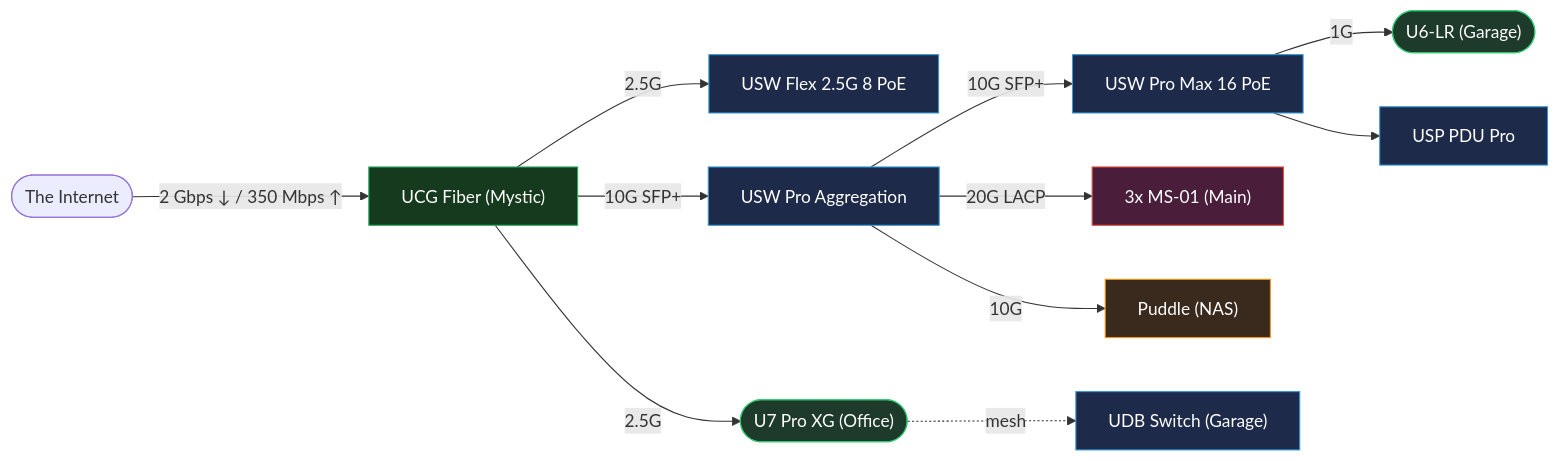
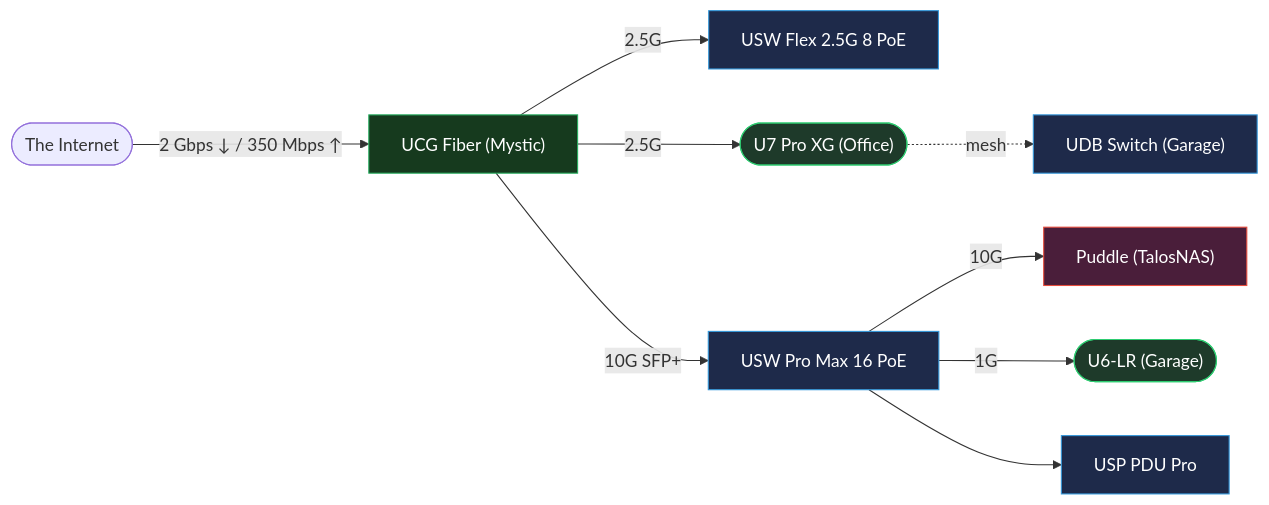
The diagram in README.md (waifulabs/infrastructure), drawn with Mermaid before and after one commit. The commit also changed other lines of this file, not shown here.

Commit message:
docs(readme): describe single-node TalosNAS setup (#5746)

````diff
--- a/README.md
+++ b/README.md
@@ -82,25 +83,22 @@
 ```mermaid
 flowchart LR
     classDef gateway fill:#163a1e,stroke:#27ae60,color:#fff
     classDef switch fill:#1e2a4a,stroke:#3498db,color:#fff
     classDef compute fill:#4a1e3a,stroke:#e74c3c,color:#fff
-    classDef storage fill:#3a2a1e,stroke:#f39c12,color:#fff
     classDef ap fill:#1e3a2a,stroke:#2ecc71,color:#fff
 
     Internet(["The Internet"])
 
     Internet -- "2 Gbps ↓ / 350 Mbps ↑" --> UCG["UCG Fiber (Mystic)"]:::gateway
 
     UCG -- 2.5G --> FLEX["USW Flex 2.5G 8 PoE"]:::switch
     UCG -- 2.5G --> U7XG(["U7 Pro XG (Office)"]):::ap
-    UCG -- 10G SFP+ --> AGG["USW Pro Aggregation"]:::switch
+    UCG -- 10G SFP+ --> MAX["USW Pro Max 16 PoE"]:::switch
 
-    AGG -- 10G SFP+ --> MAX["USW Pro Max 16 PoE"]:::switch
-    AGG -- 20G LACP --> MS01["3x MS-01 (Main)"]:::compute
-    AGG -- 10G --> PUDDLE["Puddle (NAS)"]:::storage
+    MAX -- 10G --> PUDDLE["Puddle (TalosNAS)"]:::compute
 
     MAX -- 1G --> U6LR(["U6-LR (Garage)"]):::ap
     MAX --> PDU["USP PDU Pro"]:::switch
 
     U7XG -. mesh .-> UDB["UDB Switch (Garage)"]:::switch
 ```
````
